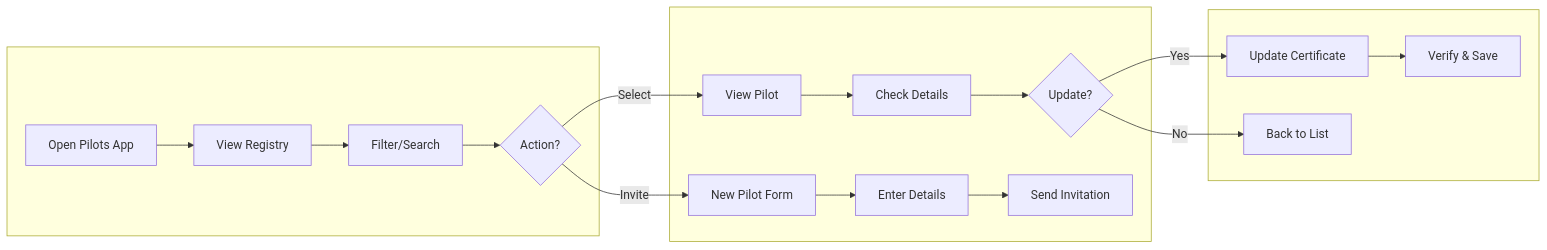
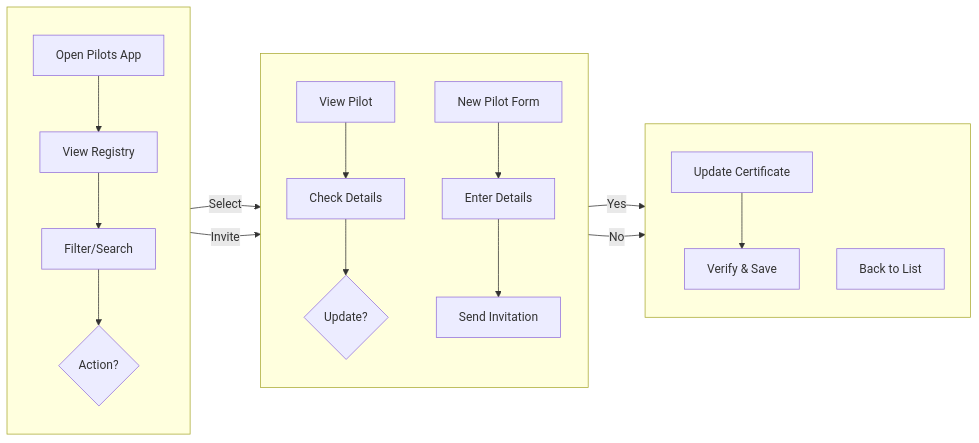
The eighth of 10 diagrams in docs/SEN3781_Assignment4_Information_Architecture_Report.md (RoundRobinHood/cogniflight-cloud), drawn with Mermaid before and after one commit. The commit also changed other lines of this file, not shown here.

Commit message:
improved diagram readability

````diff
--- a/docs/SEN3781_Assignment4_Information_Architecture_Report.md
+++ b/docs/SEN3781_Assignment4_Information_Architecture_Report.md
@@ -390,18 +423,25 @@
 ```mermaid
 flowchart LR
     subgraph col1[" "]
-        A[Open Pilots App] --> B[View Registry] --> C[Filter/Search] --> D{Action?}
+        direction TB
+        A[Open Pilots App] --> B[View Registry]
+        B --> C[Filter/Search]
+        C --> D{Action?}
     end
     subgraph col2[" "]
-        E[View Pilot] --> G[Check Details] --> H{Update?}
-        F[New Pilot Form] --> L[Enter Details] --> M[Send Invitation]
+        direction TB
+        E[View Pilot] --> G[Check Details]
+        G --> H{Update?}
+        F[New Pilot Form] --> L[Enter Details]
+        L --> M[Send Invitation]
     end
     subgraph col3[" "]
+        direction TB
         I[Update Certificate] --> K[Verify & Save]
         J[Back to List]
     end
     D -->|Select| E
     D -->|Invite| F
     H -->|Yes| I
     H -->|No| J
 ```
````
